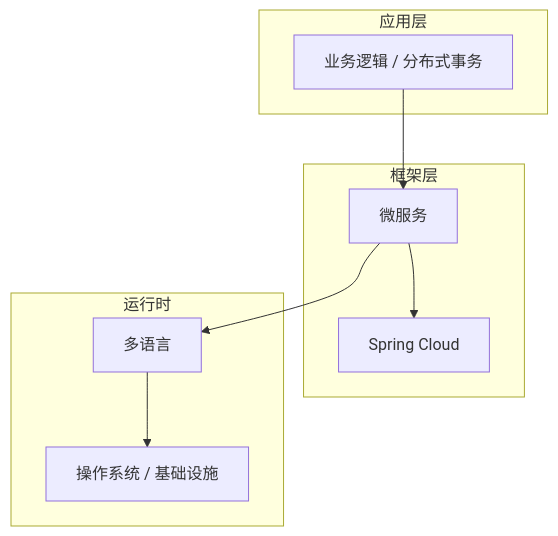
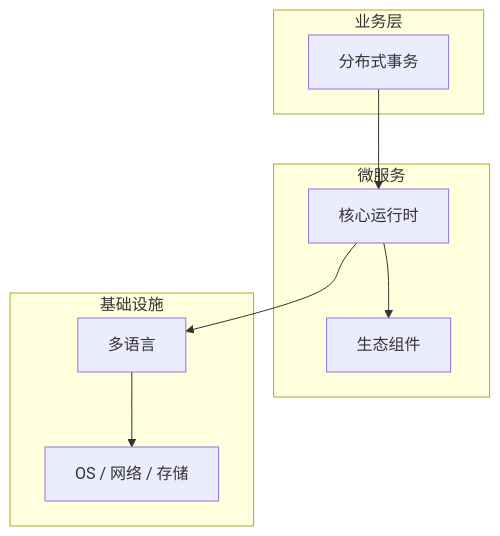
Before and after one commit to yanggan2015/knowledge-json-v2: the diagram in articles/微服务架构/chapters/065-分布式事务核心概念与原理.md, drawn with Mermaid. The commit also changed other lines of this file and 10127 other files, not shown here.

````diff
--- a/articles/微服务架构/chapters/065-分布式事务核心概念与原理.md
+++ b/articles/微服务架构/chapters/065-分布式事务核心概念与原理.md
@@ -45,18 +34,18 @@
 ```mermaid
 graph TB
-    subgraph 应用层
-        A[业务逻辑 / 分布式事务]
+    subgraph 业务层
+        A[分布式事务]
     end
-    subgraph 框架层
-        B[微服务]
-        C[Spring Cloud]
+    subgraph 微服务
+        B[核心运行时]
+        C[生态组件]
     end
-    subgraph 运行时
+    subgraph 基础设施
         D[多语言]
-        E[操作系统 / 基础设施]
+        E[OS / 网络 / 存储]
     end
     A --> B
     B --> C
     B --> D
     D --> E
 ```
````
